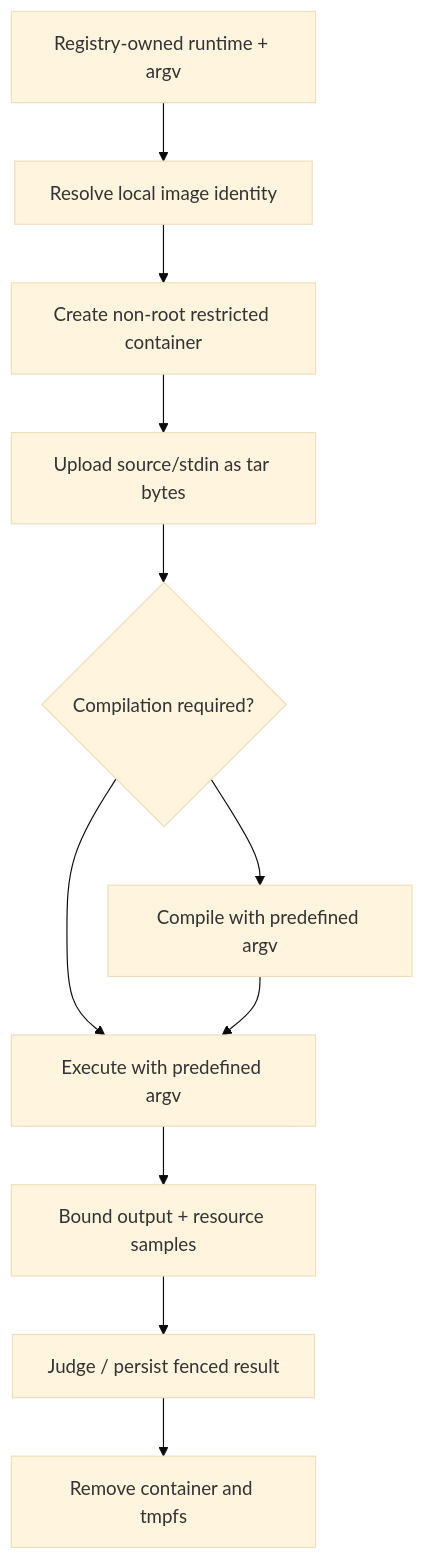
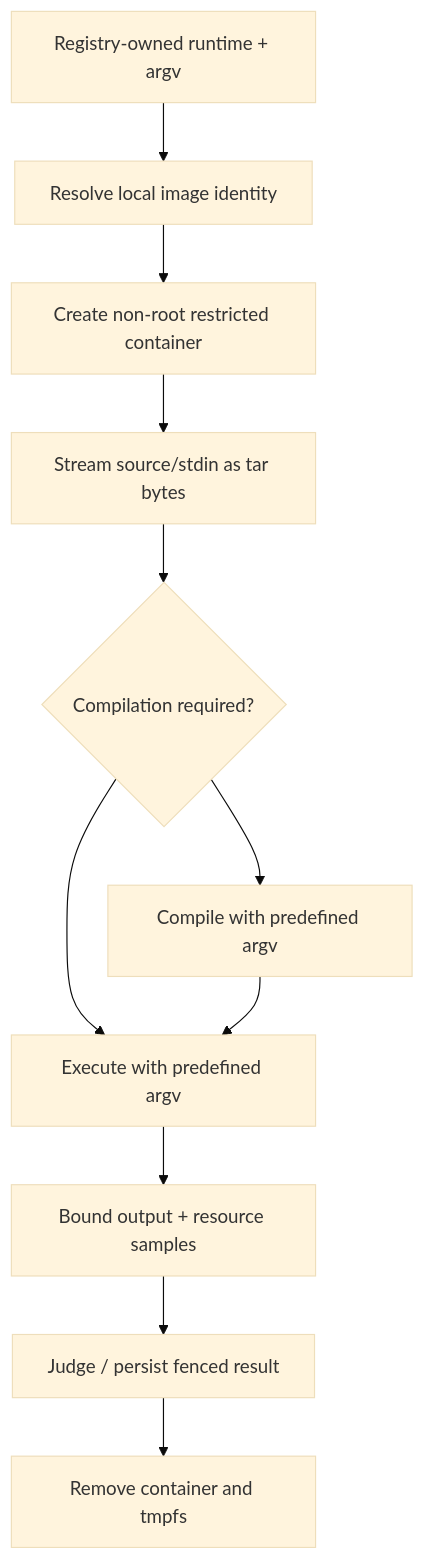
One commit to The-Null-Catchers/CodeArena changed the third of 5 diagrams in ARCHITECTURE.md. Above: the diagram before and after it, drawn with Mermaid (base theme). The commit also changed other lines of this file and 2 other files, not shown here.

Commit message:
fix: stream source into private tmpfs without weakening read-only rootfs

````diff
--- a/ARCHITECTURE.md
+++ b/ARCHITECTURE.md
@@ -53,13 +53,13 @@
 ```mermaid
 flowchart TD
   R["Registry-owned runtime + argv"] --> I["Resolve local image identity"]
   I --> C["Create non-root restricted container"]
-  C --> T["Upload source/stdin as tar bytes"]
+  C --> T["Stream source/stdin as tar bytes"]
   T --> B{"Compilation required?"}
   B --> X["Compile with predefined argv"]
   B --> E["Execute with predefined argv"]
   X --> E
   E --> O["Bound output + resource samples"]
   O --> J["Judge / persist fenced result"]
   J --> F["Remove container and tmpfs"]
 ```
````
